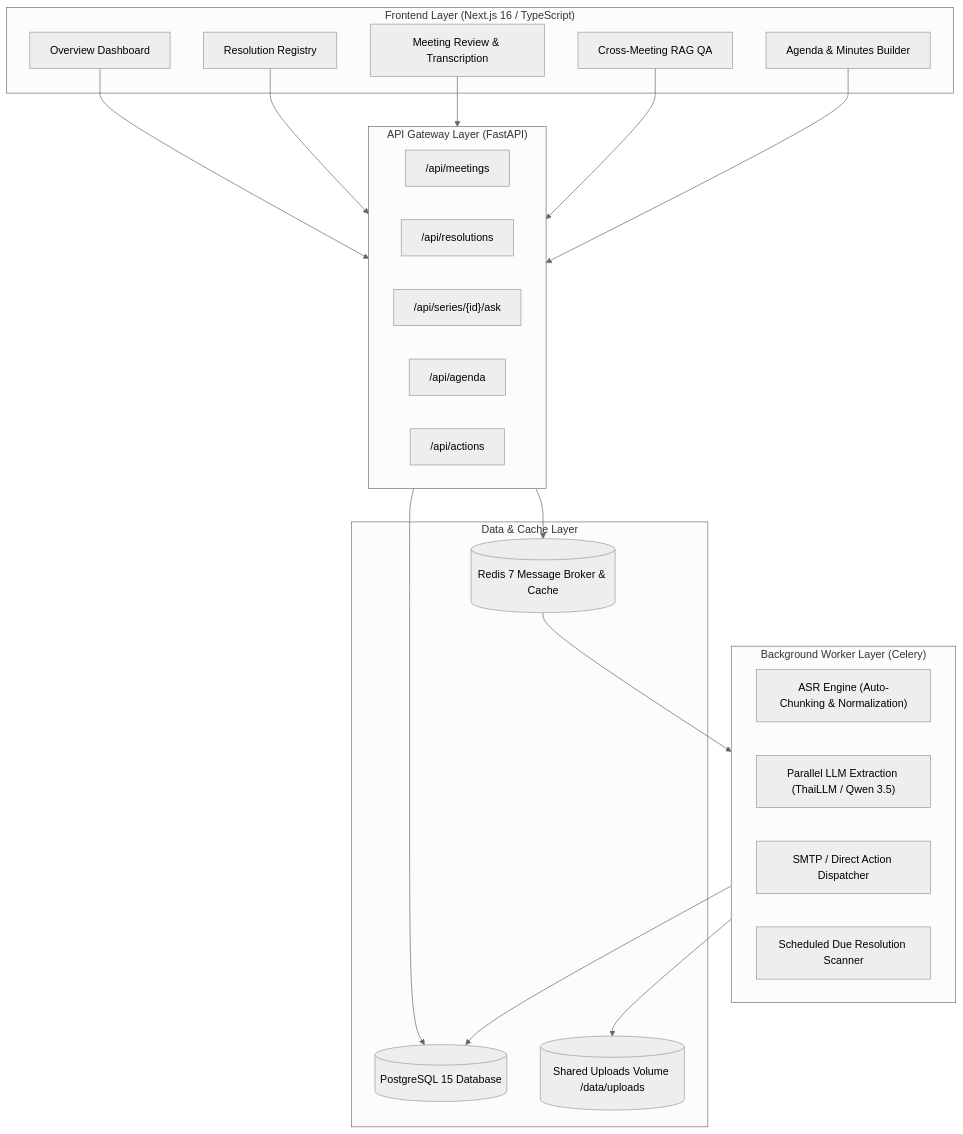
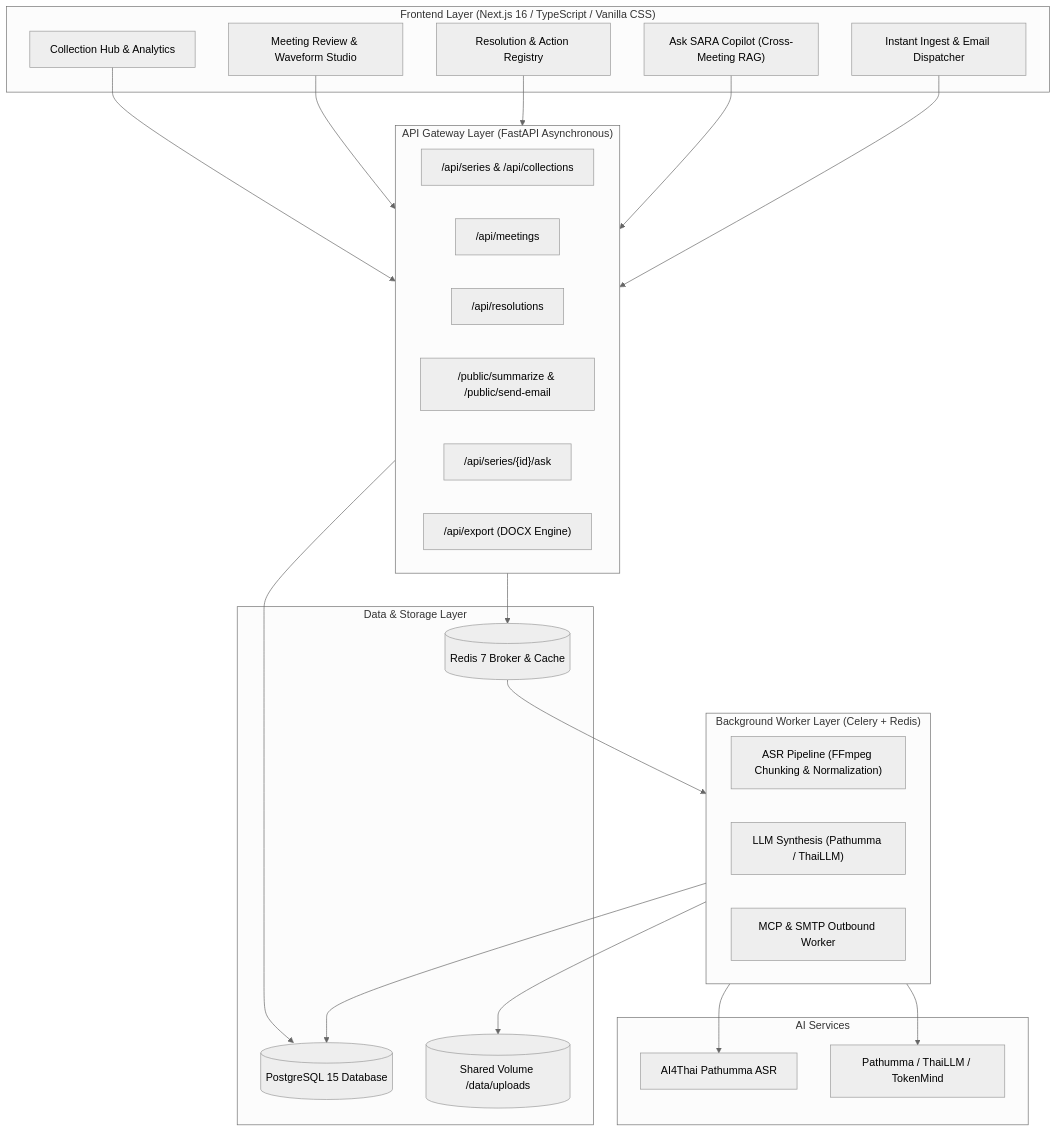
Before and after one commit to PaweekornS/SARA: the diagram in README.md, drawn with Mermaid (neutral theme). The commit also changed other lines of this file and 50 other files, not shown here.

````diff
--- a/README.md
+++ b/README.md
@@ -31,38 +74,45 @@
 ```mermaid
 flowchart TD
-    subgraph Client["Frontend Layer (Next.js 16 / TypeScript)"]
-        UI_Dash["Overview Dashboard"]
-        UI_Reg["Resolution Registry"]
-        UI_Mtg["Meeting Review & Transcription"]
-        UI_QA["Cross-Meeting RAG QA"]
-        UI_Agenda["Agenda & Minutes Builder"]
+    subgraph Client["Frontend Layer (Next.js 16 / TypeScript / Vanilla CSS)"]
+        UI_Dash["Collection Hub & Analytics"]
+        UI_Studio["Meeting Review & Waveform Studio"]
+        UI_Reg["Resolution & Action Registry"]
+        UI_Copilot["Ask SARA Copilot (Cross-Meeting RAG)"]
+        UI_Quick["Instant Ingest & Email Dispatcher"]
     end
 
-    subgraph Gateway["API Gateway Layer (FastAPI)"]
+    subgraph Gateway["API Gateway Layer (FastAPI Asynchronous)"]
+        API_Series["/api/series & /api/collections"]
         API_Mtg["/api/meetings"]
         API_Res["/api/resolutions"]
-        API_QA["/api/series/{id}/ask"]
-        API_Agenda["/api/agenda"]
-        API_Act["/api/actions"]
+        API_Public["/public/summarize & /public/send-email"]
+        API_Ask["/api/series/{id}/ask"]
+        API_Doc["/api/export (DOCX Engine)"]
     end
 
-    subgraph Worker["Background Worker Layer (Celery)"]
-        Task_ASR["ASR Engine (Auto-Chunking & Normalization)"]
-        Task_LLM["Parallel LLM Extraction (ThaiLLM / Qwen 3.5)"]
-        Task_Out["SMTP / Direct Action Dispatcher"]
-        Task_Due["Scheduled Due Resolution Scanner"]
+    subgraph Worker["Background Worker Layer (Celery + Redis)"]
+        Task_ASR["ASR Pipeline (FFmpeg Chunking & Normalization)"]
+        Task_LLM["LLM Synthesis (Pathumma / ThaiLLM)"]
+        Task_MCP["MCP & SMTP Outbound Worker"]
     end
 
-    subgraph Storage["Data & Cache Layer"]
+    subgraph Storage["Data & Storage Layer"]
         DB[(PostgreSQL 15 Database)]
-        Uploads[("Shared Uploads Volume /data/uploads")]
-        Cache[("Redis 7 Message Broker & Cache")]
+        Redis[("Redis 7 Broker & Cache")]
+        Uploads[("Shared Volume /data/uploads")]
     end
 
-    UI_Dash & UI_Reg & UI_Mtg & UI_QA & UI_Agenda --> Gateway
+    subgraph AI["AI Services"]
+        AI_ASR["AI4Thai Pathumma ASR"]
+        AI_LLM["Pathumma / ThaiLLM / TokenMind"]
+    end
+
+    UI_Dash & UI_Studio & UI_Reg & UI_Copilot & UI_Quick --> Gateway
     Gateway --> DB
-    Gateway --> Cache
-    Cache --> Worker
+    Gateway --> Redis
+    Redis --> Worker
+    Worker --> AI_ASR
+    Worker --> AI_LLM
     Worker --> DB
     Worker --> Uploads
 ```
````
